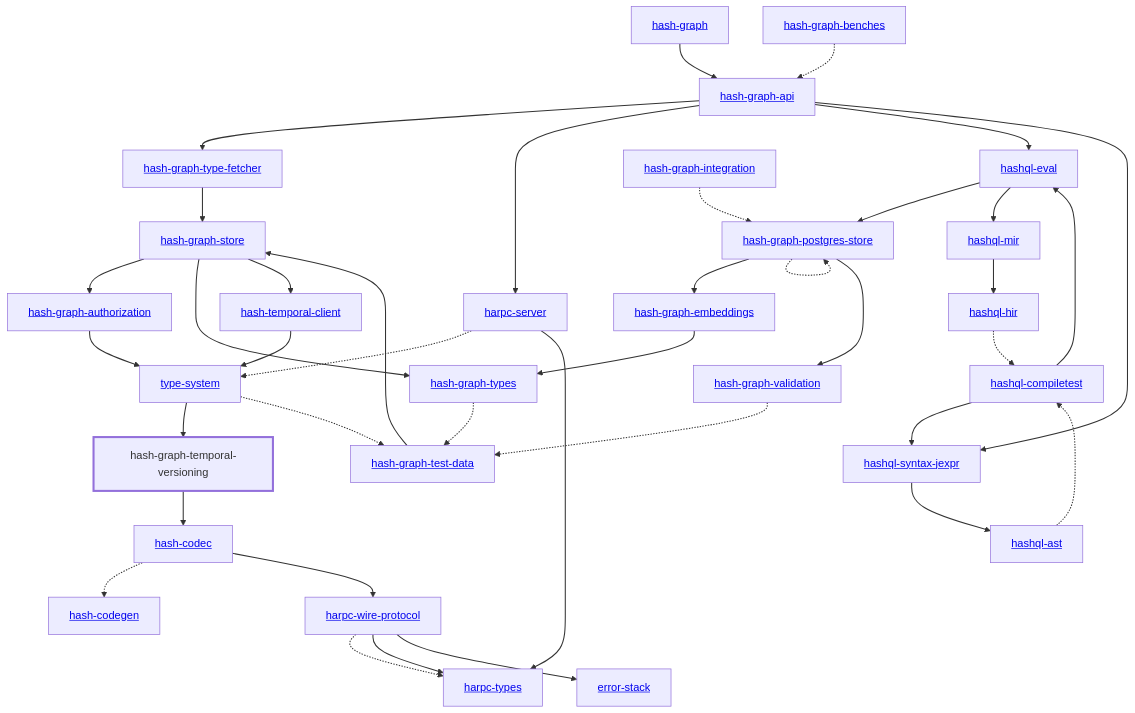
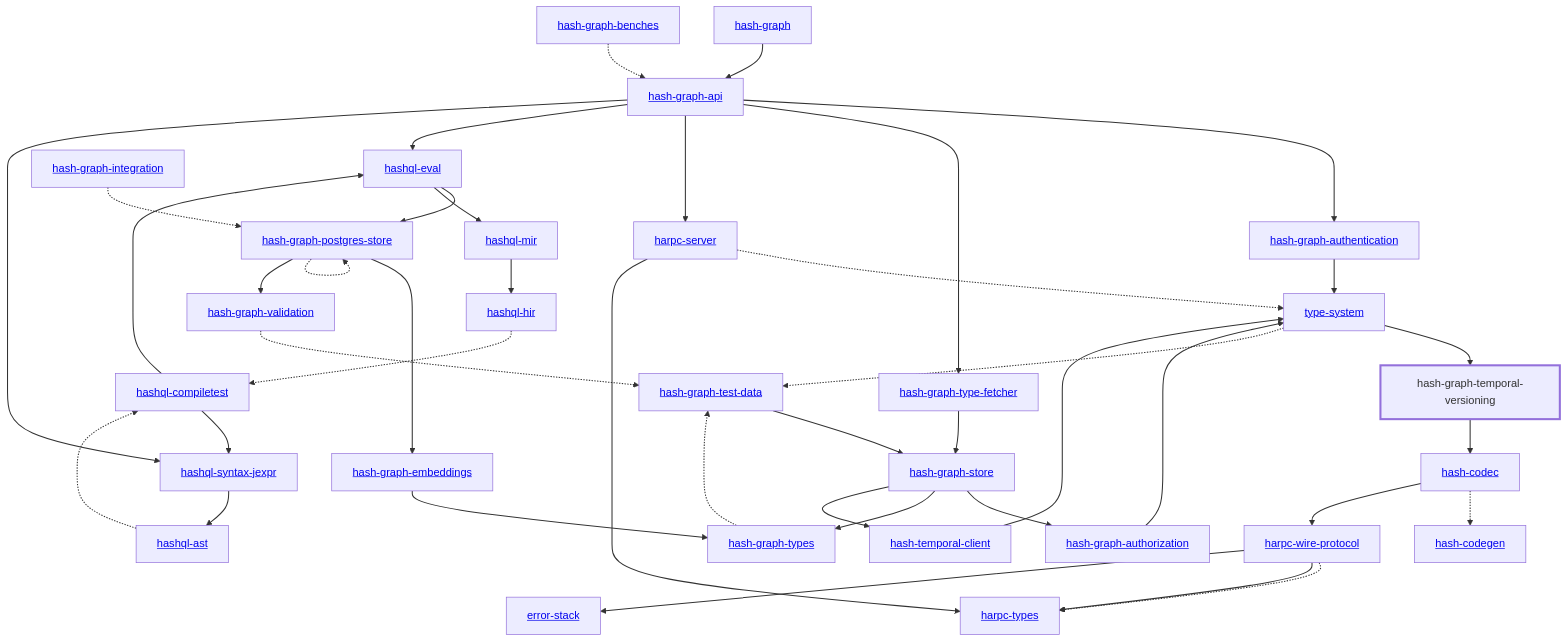
One commit to hashintel/hash changed the diagram in libs/@local/graph/temporal-versioning/docs/dependency-diagram.mmd. Above: the diagram before and after it, drawn with Mermaid. The commit also changed 12 other files, not shown here.

Commit message:
Generate dependency diagrams

```diff
--- a/libs/@local/graph/temporal-versioning/docs/dependency-diagram.mmd
+++ b/libs/@local/graph/temporal-versioning/docs/dependency-diagram.mmd
@@ -1,76 +1,79 @@
 graph TD
     linkStyle default stroke-width:1.5px
     classDef default stroke-width:1px
     classDef root stroke-width:3px
     classDef dev stroke-width:1px
     classDef build stroke-width:1px
     %% Legend
     %% --> : Normal dependency
     %% -.-> : Dev dependency
     %% ---> : Build dependency
     0[<a href="../hash_graph/index.html">hash-graph</a>]
     1[<a href="../type_system/index.html">type-system</a>]
     2[<a href="../hash_codec/index.html">hash-codec</a>]
     3[<a href="../hash_codegen/index.html">hash-codegen</a>]
     4[<a href="../hash_graph_api/index.html">hash-graph-api</a>]
-    5[<a href="../hash_graph_authorization/index.html">hash-graph-authorization</a>]
-    6[<a href="../hash_graph_embeddings/index.html">hash-graph-embeddings</a>]
-    7[<a href="../hash_graph_postgres_store/index.html">hash-graph-postgres-store</a>]
-    8[<a href="../hash_graph_store/index.html">hash-graph-store</a>]
-    9[hash-graph-temporal-versioning]
-    class 9 root
-    10[<a href="../hash_graph_type_fetcher/index.html">hash-graph-type-fetcher</a>]
-    11[<a href="../hash_graph_types/index.html">hash-graph-types</a>]
-    12[<a href="../hash_graph_validation/index.html">hash-graph-validation</a>]
-    13[<a href="../harpc_server/index.html">harpc-server</a>]
-    14[<a href="../harpc_types/index.html">harpc-types</a>]
-    15[<a href="../harpc_wire_protocol/index.html">harpc-wire-protocol</a>]
-    16[<a href="../hashql_ast/index.html">hashql-ast</a>]
-    17[<a href="../hashql_compiletest/index.html">hashql-compiletest</a>]
-    18[<a href="../hashql_eval/index.html">hashql-eval</a>]
-    19[<a href="../hashql_hir/index.html">hashql-hir</a>]
-    20[<a href="../hashql_mir/index.html">hashql-mir</a>]
-    21[<a href="../hashql_syntax_jexpr/index.html">hashql-syntax-jexpr</a>]
-    22[<a href="../hash_temporal_client/index.html">hash-temporal-client</a>]
-    23[<a href="../error_stack/index.html">error-stack</a>]
-    24[<a href="../hash_graph_benches/index.html">hash-graph-benches</a>]
-    25[<a href="../hash_graph_integration/index.html">hash-graph-integration</a>]
-    26[<a href="../hash_graph_test_data/index.html">hash-graph-test-data</a>]
+    5[<a href="../hash_graph_authentication/index.html">hash-graph-authentication</a>]
+    6[<a href="../hash_graph_authorization/index.html">hash-graph-authorization</a>]
+    7[<a href="../hash_graph_embeddings/index.html">hash-graph-embeddings</a>]
+    8[<a href="../hash_graph_postgres_store/index.html">hash-graph-postgres-store</a>]
+    9[<a href="../hash_graph_store/index.html">hash-graph-store</a>]
+    10[hash-graph-temporal-versioning]
+    class 10 root
+    11[<a href="../hash_graph_type_fetcher/index.html">hash-graph-type-fetcher</a>]
+    12[<a href="../hash_graph_types/index.html">hash-graph-types</a>]
+    13[<a href="../hash_graph_validation/index.html">hash-graph-validation</a>]
+    14[<a href="../harpc_server/index.html">harpc-server</a>]
+    15[<a href="../harpc_types/index.html">harpc-types</a>]
+    16[<a href="../harpc_wire_protocol/index.html">harpc-wire-protocol</a>]
+    17[<a href="../hashql_ast/index.html">hashql-ast</a>]
+    18[<a href="../hashql_compiletest/index.html">hashql-compiletest</a>]
+    19[<a href="../hashql_eval/index.html">hashql-eval</a>]
+    20[<a href="../hashql_hir/index.html">hashql-hir</a>]
+    21[<a href="../hashql_mir/index.html">hashql-mir</a>]
+    22[<a href="../hashql_syntax_jexpr/index.html">hashql-syntax-jexpr</a>]
+    23[<a href="../hash_temporal_client/index.html">hash-temporal-client</a>]
+    24[<a href="../error_stack/index.html">error-stack</a>]
+    25[<a href="../hash_graph_benches/index.html">hash-graph-benches</a>]
+    26[<a href="../hash_graph_integration/index.html">hash-graph-integration</a>]
+    27[<a href="../hash_graph_test_data/index.html">hash-graph-test-data</a>]
     0 --> 4
-    1 --> 9
-    1 -.-> 26
+    1 --> 10
+    1 -.-> 27
     2 -.-> 3
-    2 --> 15
-    4 --> 10
-    4 --> 13
-    4 --> 18
-    4 --> 21
+    2 --> 16
+    4 --> 5
+    4 --> 11
+    4 --> 14
+    4 --> 19
+    4 --> 22
     5 --> 1
-    6 --> 11
-    7 --> 6
-    7 -.-> 7
+    6 --> 1
     7 --> 12
-    8 --> 5
-    8 --> 11
-    8 --> 22
-    9 --> 2
-    10 --> 8
-    11 -.-> 26
-    12 -.-> 26
-    13 -.-> 1
-    13 --> 14
-    15 -.-> 14
-    15 --> 14
-    15 --> 23
-    16 -.-> 17
-    17 --> 18
-    17 --> 21
-    18 --> 7
-    18 --> 20
-    19 -.-> 17
-    20 --> 19
-    21 --> 16
-    22 --> 1
-    24 -.-> 4
-    25 -.-> 7
-    26 --> 8
+    8 --> 7
+    8 -.-> 8
+    8 --> 13
+    9 --> 6
+    9 --> 12
+    9 --> 23
+    10 --> 2
+    11 --> 9
+    12 -.-> 27
+    13 -.-> 27
+    14 -.-> 1
+    14 --> 15
+    16 -.-> 15
+    16 --> 15
+    16 --> 24
+    17 -.-> 18
+    18 --> 19
+    18 --> 22
+    19 --> 8
+    19 --> 21
+    20 -.-> 18
+    21 --> 20
+    22 --> 17
+    23 --> 1
+    25 -.-> 4
+    26 -.-> 8
+    27 --> 9
```
